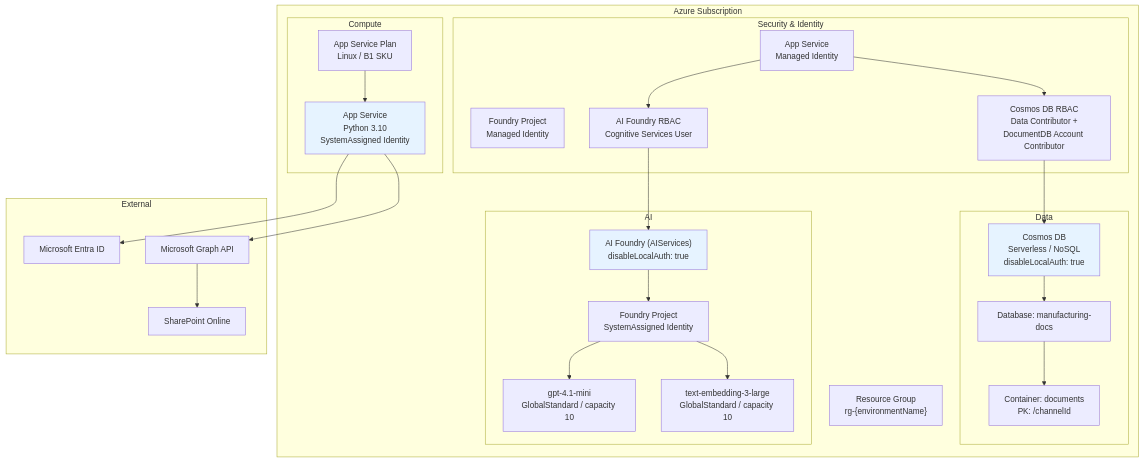
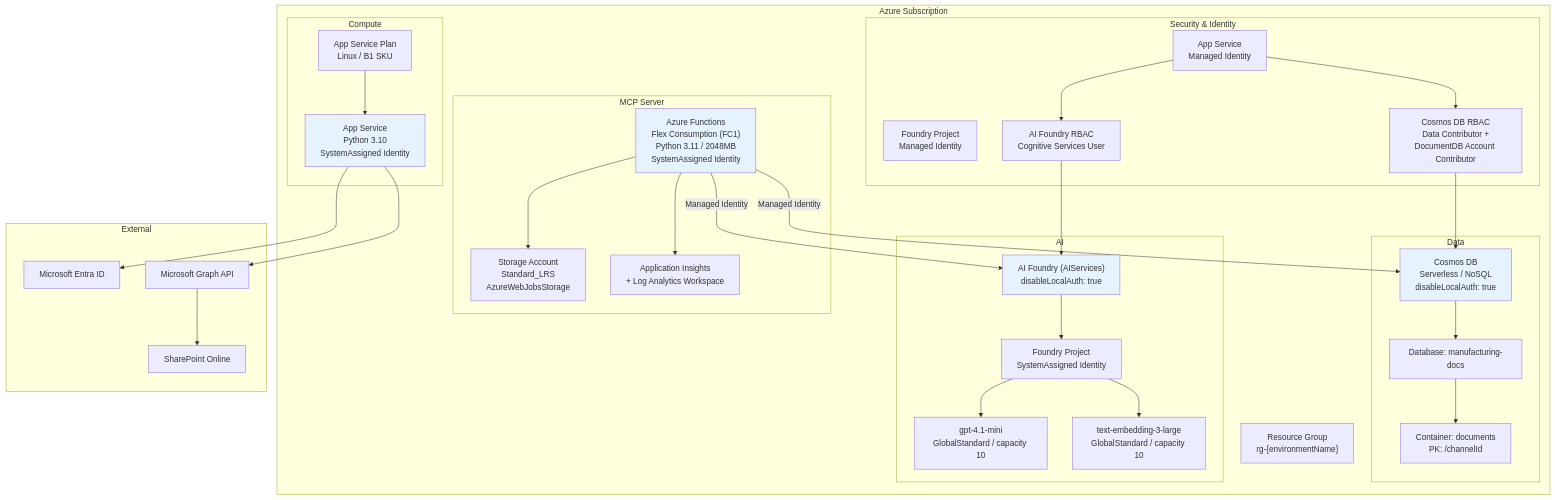
Diagram 18 of 20 in docs/ARCHITECTURE.md (hatasaki/Manufacturing-Intelligent-Document-Management), drawn with Mermaid before and after one commit. The commit also changed other lines of this file and 1 other file, not shown here.

````diff
--- a/docs/ARCHITECTURE.md
+++ b/docs/ARCHITECTURE.md
@@ -659,51 +682,62 @@
 ```mermaid
 graph TB
     subgraph "Azure Subscription"
         RG["Resource Group<br/>rg-{environmentName}"]
 
         subgraph "Compute"
             ASP["App Service Plan<br/>Linux / B1 SKU"]
             APP["App Service<br/>Python 3.10<br/>SystemAssigned Identity"]
         end
 
         subgraph "Data"
             COSMOS["Cosmos DB<br/>Serverless / NoSQL<br/>disableLocalAuth: true"]
             DB["Database: manufacturing-docs"]
             CONT["Container: documents<br/>PK: /channelId"]
         end
 
         subgraph "AI"
             AI_SVC["AI Foundry (AIServices)<br/>disableLocalAuth: true"]
             PROJECT["Foundry Project<br/>SystemAssigned Identity"]
             GPT_DEP["gpt-4.1-mini<br/>GlobalStandard / capacity 10"]
             EMB_DEP["text-embedding-3-large<br/>GlobalStandard / capacity 10"]
+        end
+
+        subgraph "MCP Server"
+            MCP_FUNC["Azure Functions<br/>Flex Consumption (FC1)<br/>Python 3.11 / 2048MB<br/>SystemAssigned Identity"]
+            MCP_STORAGE["Storage Account<br/>Standard_LRS<br/>AzureWebJobsStorage"]
+            MCP_INSIGHTS["Application Insights<br/>+ Log Analytics Workspace"]
         end
 
         subgraph "Security & Identity"
             MI_APP["App Service<br/>Managed Identity"]
             MI_PROJ["Foundry Project<br/>Managed Identity"]
             RBAC_COSMOS["Cosmos DB RBAC<br/>Data Contributor +<br/>DocumentDB Account Contributor"]
             RBAC_AI["AI Foundry RBAC<br/>Cognitive Services User"]
         end
     end
 
     subgraph "External"
         ENTRA["Microsoft Entra ID"]
         GRAPH["Microsoft Graph API"]
         SP["SharePoint Online"]
     end
 
     ASP --> APP
     COSMOS --> DB --> CONT
     AI_SVC --> PROJECT
     PROJECT --> GPT_DEP
     PROJECT --> EMB_DEP
     MI_APP --> RBAC_COSMOS --> COSMOS
     MI_APP --> RBAC_AI --> AI_SVC
     APP --> ENTRA
     APP --> GRAPH --> SP
+    MCP_FUNC -->|"Managed Identity"| COSMOS
+    MCP_FUNC -->|"Managed Identity"| AI_SVC
+    MCP_FUNC --> MCP_STORAGE
+    MCP_FUNC --> MCP_INSIGHTS
 
     style COSMOS fill:#e6f3ff
     style AI_SVC fill:#e6f3ff
     style APP fill:#e6f3ff
+    style MCP_FUNC fill:#e6f3ff
 ```
````
